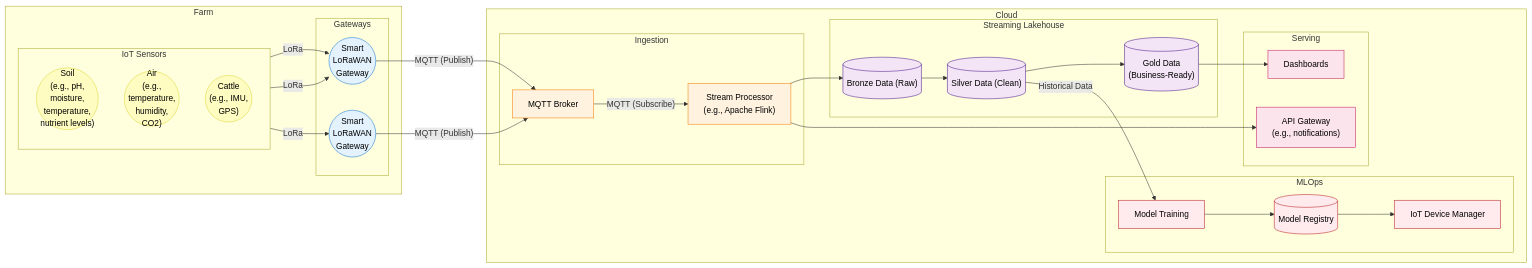
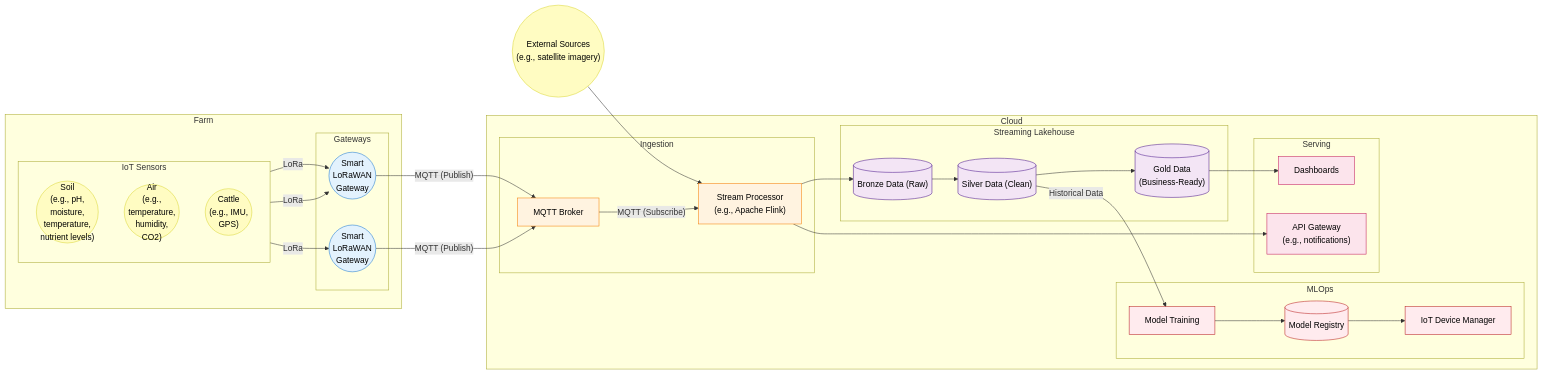
The first of 4 diagrams in docs/architecture-diagrams.md (aydanthompson/smart-agrifarming-is), drawn with Mermaid before and after one commit.

Commit message:
Updated compelte pipeline diagram with external sources

````diff
--- a/docs/architecture-diagrams.md
+++ b/docs/architecture-diagrams.md
@@ -7,71 +7,71 @@
 ```mermaid
 flowchart LR
     subgraph farm["Farm"]
         subgraph edge_layer["IoT Sensors"]
             direction TB
             sensors_soil(("Soil<br>(e.g., pH,<br>moisture,<br>temperature,<br>nutrient levels)"))
             sensors_air(("Air<br>(e.g.,<br>temperature,<br>humidity,<br>CO2)"))
             sensors_cattle(("Cattle<br>(e.g., IMU,<br>GPS)"))
         end
 
         subgraph gateways["Gateways"]
             gateway_1(("Smart<br>LoRaWAN<br>Gateway"))
             gateway_2(("Smart<br>LoRaWAN<br>Gateway"))
         end
+    end
 
-    end
+    external_sources(("External Sources<br>(e.g., satellite imagery)"))
+    external_sources --> stream_processor
 
     subgraph cloud["Cloud"]
         subgraph ingestion["Ingestion"]
             broker["MQTT Broker"]
             stream_processor["Stream Processor<br>(e.g., Apache Flink)"]
         end
-
 
         subgraph lakehouse["Streaming Lakehouse"]
             bronze[("Bronze Data (Raw)")]
             silver[("Silver Data (Clean)")]
             gold[("Gold Data<br>(Business-Ready)")]
         end
 
         subgraph mlops["MLOps"]
             training["Model Training"]
             registry[("Model Registry")]
             device_manager["IoT Device Manager"]
         end
-
 
         subgraph serving["Serving"]
             dashboard["Dashboards"]
             api["API Gateway<br>(e.g., notifications)"]
         end
     end
 
     sensors_soil & sensors_air -->|LoRa| gateway_1
     sensors_cattle -->|LoRa| gateway_2
     gateway_1 -->|"MQTT (Publish)"| broker
     gateway_2 -->|"MQTT (Publish)"| broker
     broker -->|"MQTT (Subscribe)"| stream_processor
     stream_processor --> bronze
     stream_processor --> api
     bronze --> silver
     silver --> gold
     gold --> dashboard
     training --> registry
     registry --> device_manager
     silver -->|"Historical Data"| training
 
     classDef sensorStyle fill:#fffcc2,stroke:#dad734,color:#000
     classDef gatewayStyle fill:#e3f2fd,stroke:#1976d2,color:#000
     classDef ingestStyle fill:#fff3e0,stroke:#f57c00,color:#000
     classDef dataStyle fill:#f3e5f5,stroke:#4a148c,color:#000
     classDef mlStyle fill:#ffebee,stroke:#b71c1c,color:#000
     classDef presentationStyle fill:#fce4ec,stroke:#c2185b,color:#000
 
-    class sensors_soil,sensors_air,sensors_cattle sensorStyle
+    class sensors_soil,sensors_air,sensors_cattle,external_sources sensorStyle
     class gateway_1,gateway_2 gatewayStyle
     class broker,stream_processor ingestStyle
     class bronze,silver,gold dataStyle
     class training,registry,device_manager mlStyle
     class dashboard,api presentationStyle
 ```
````
